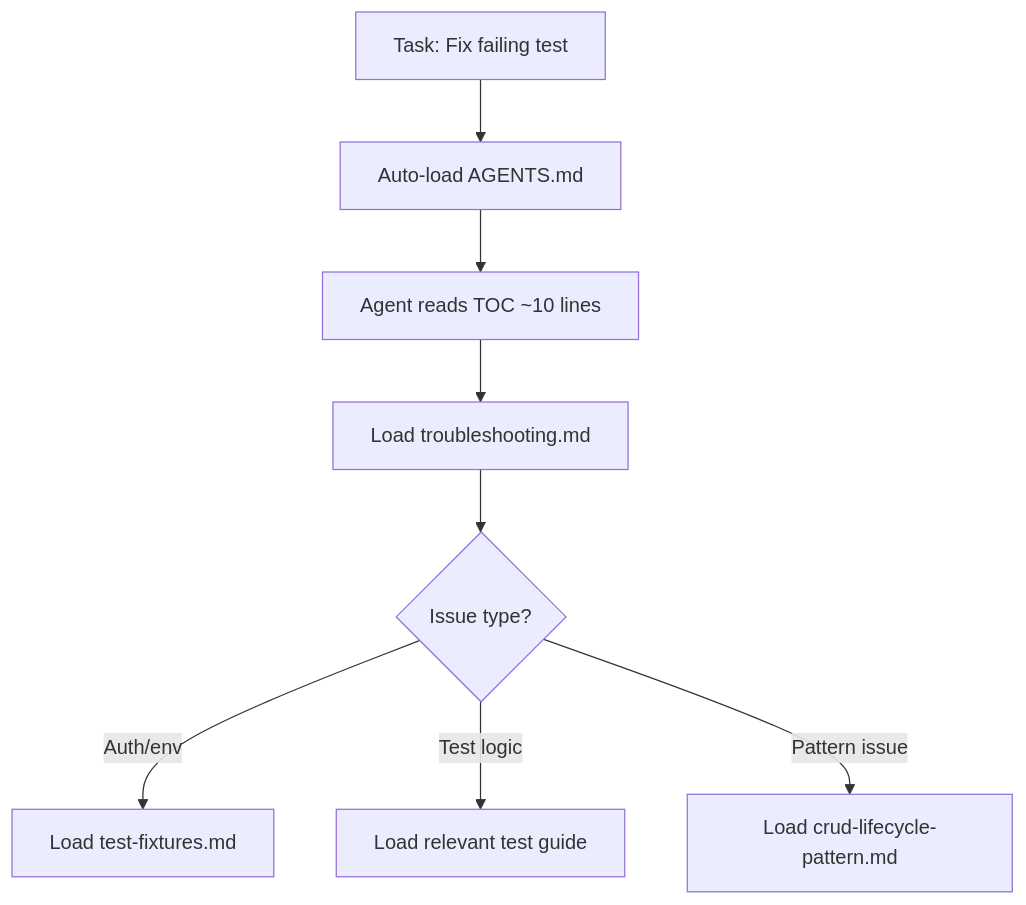
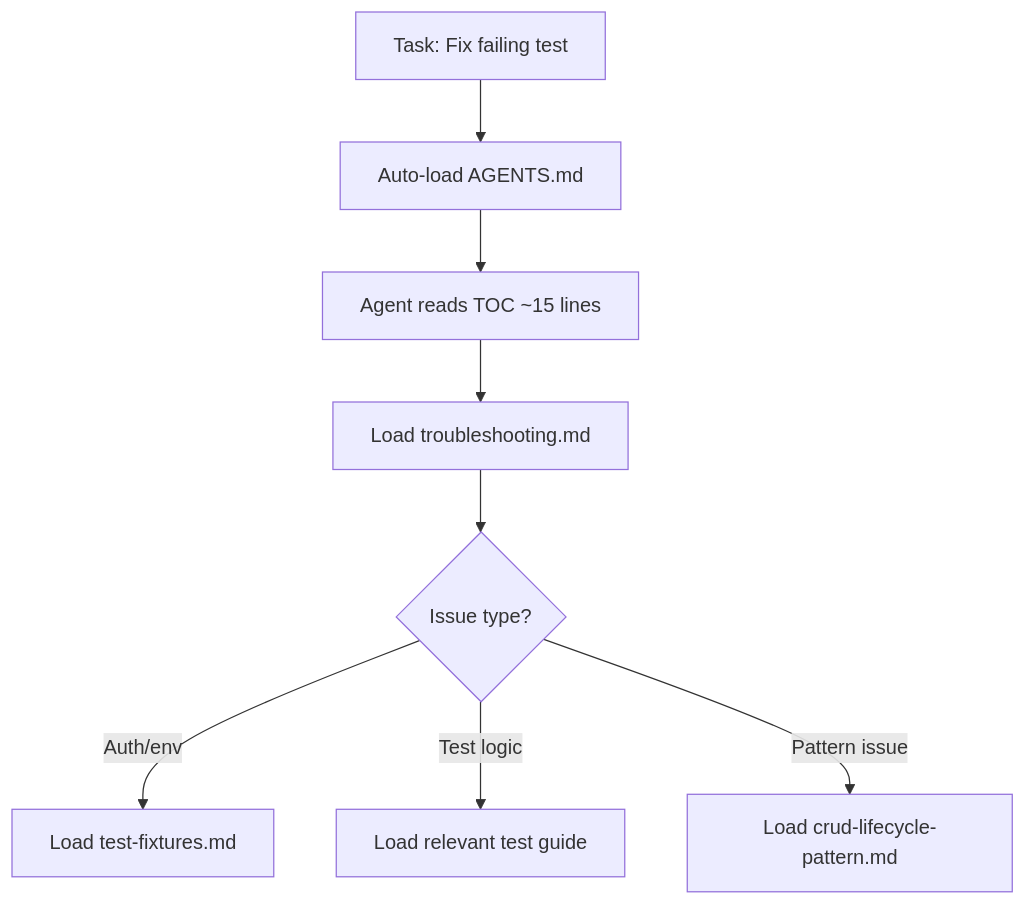
Before and after one commit to codekiln/langstar: the second of 4 diagrams in docs/research/556-testing-dx-design.md, drawn with Mermaid. The commit also changed other lines of this file, not shown here.

````diff
--- a/docs/research/556-testing-dx-design.md
+++ b/docs/research/556-testing-dx-design.md
@@ -215,10 +217,10 @@
 ```mermaid
 graph TD
     A[Task: Fix failing test] --> B[Auto-load AGENTS.md]
-    B --> C[Agent reads TOC ~10 lines]
+    B --> C[Agent reads TOC ~15 lines]
     C --> D[Load troubleshooting.md]
     D --> E{Issue type?}
     E -->|Auth/env| F[Load test-fixtures.md]
     E -->|Test logic| G[Load relevant test guide]
     E -->|Pattern issue| H[Load crud-lifecycle-pattern.md]
 ```
````
